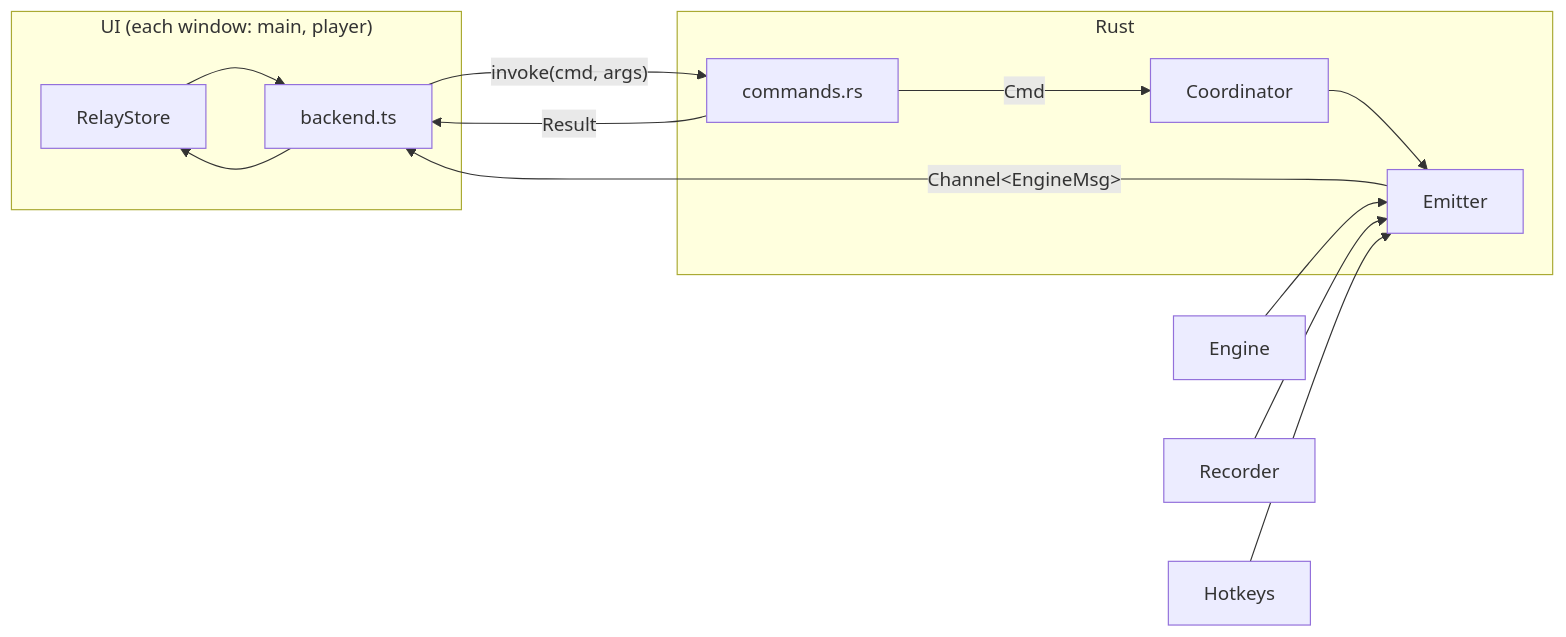
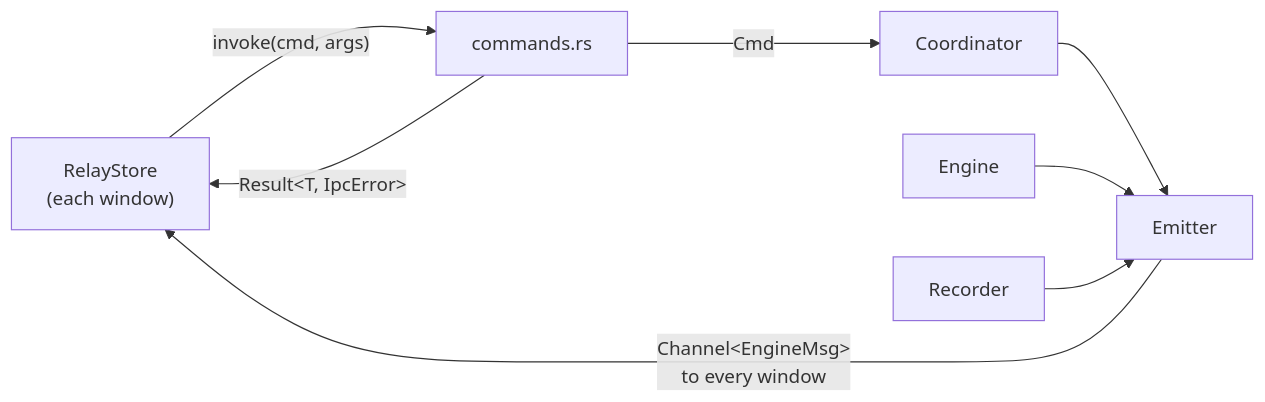
Before and after one commit to HappyRave/Relay: the first of 3 diagrams in docs/engineering/ipc.md, drawn with Mermaid. The commit also changed other lines of this file and 2 other files, not shown here.

Commit message:
docs(engineering): IPC, frontend and file formats, rewritten short

````diff
--- a/docs/engineering/ipc.md
+++ b/docs/engineering/ipc.md
@@ -8,17 +11,8 @@
 ```mermaid
 flowchart LR
-    subgraph UI["UI (each window: main, player)"]
-        S["RelayStore"]
-        B["backend.ts"]
-    end
-    subgraph Rust
-        C["commands.rs"]
-        CO["Coordinator"]
-        E["Emitter"]
-    end
-    S --> B -- "invoke(cmd, args)" --> C
-    C -- "Result<T, IpcError>" --> B
-    C -- "Cmd" --> CO
-    CO & EN["Engine"] & R["Recorder"] & H["Hotkeys"] --> E
-    E -- "Channel&lt;EngineMsg&gt;" --> B --> S
+    S["RelayStore<br/>(each window)"] -- "invoke(cmd, args)" --> C["commands.rs"]
+    C -- "Result&lt;T, IpcError&gt;" --> S
+    C -- Cmd --> CO["Coordinator"]
+    CO & EN["Engine"] & R["Recorder"] --> E["Emitter"]
+    E -- "Channel&lt;EngineMsg&gt;<br/>to every window" --> S
 ```
````
